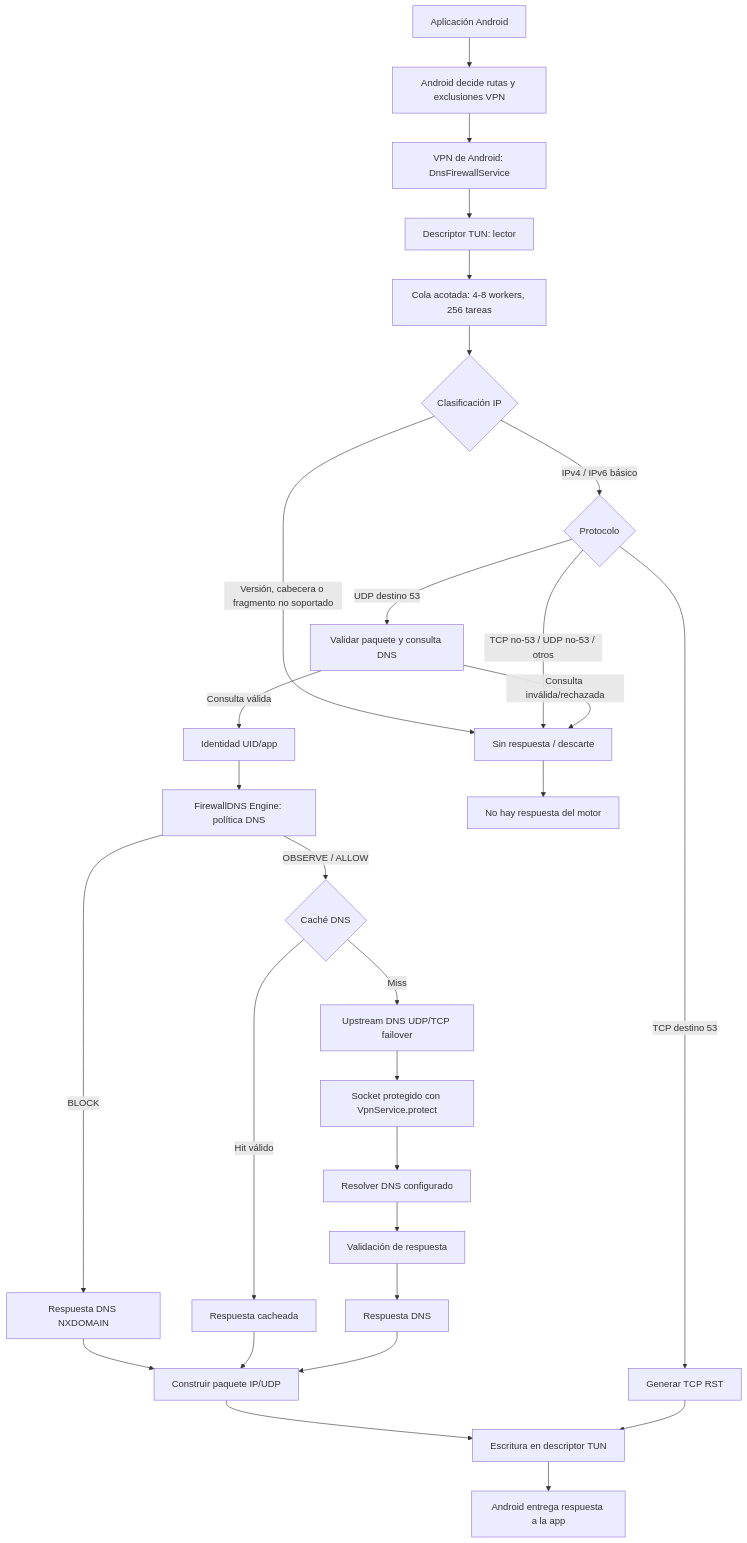
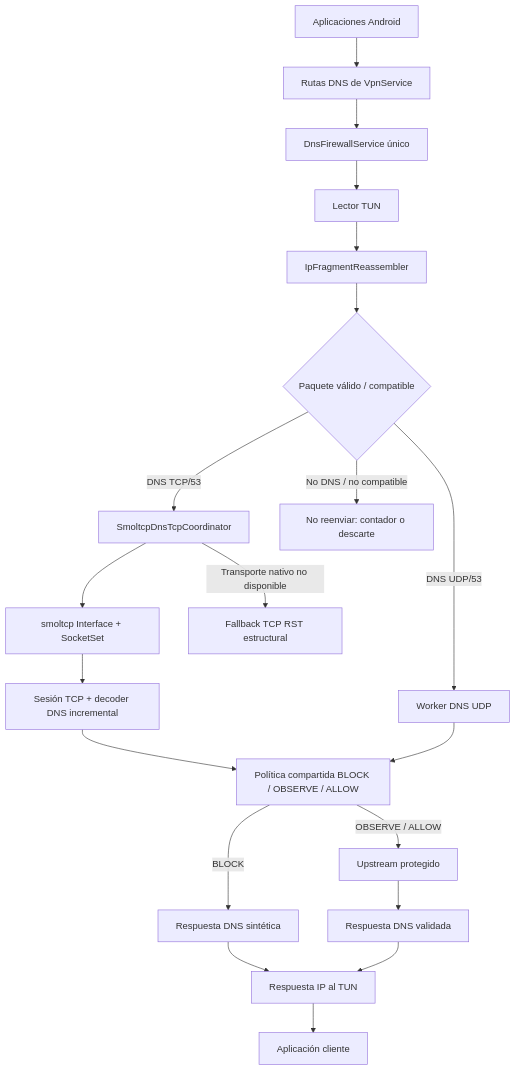
The diagram in docs/NETWORK_FLOW_MAP.md (candidohernandez148-spec/FirewallDNS-Engine), drawn with Mermaid before and after one commit. The commit also changed other lines of this file and 13 other files, not shown here.

````diff
--- a/docs/NETWORK_FLOW_MAP.md
+++ b/docs/NETWORK_FLOW_MAP.md
@@ -11,31 +9,22 @@
 ```mermaid
 flowchart TD
-    A[Aplicación Android] --> B[Android decide rutas y exclusiones VPN]
-    B --> C[VPN de Android: DnsFirewallService]
-    C --> D[Descriptor TUN: lector]
-    D --> E[Cola acotada: 4-8 workers, 256 tareas]
-    E --> F{Clasificación IP}
-    F -->|IPv4 / IPv6 básico| G{Protocolo}
-    F -->|Versión, cabecera o fragmento no soportado| X[Sin respuesta / descarte]
-    G -->|UDP destino 53| H[Validar paquete y consulta DNS]
-    G -->|TCP destino 53| I[Generar TCP RST]
-    G -->|TCP no-53 / UDP no-53 / otros| X
-    H -->|Consulta inválida/rechazada| X
-    H -->|Consulta válida| J[Identidad UID/app]
-    J --> K[FirewallDNS Engine: política DNS]
-    K -->|BLOCK| L[Respuesta DNS NXDOMAIN]
-    K -->|OBSERVE / ALLOW| M{Caché DNS}
-    M -->|Hit válido| N[Respuesta cacheada]
-    M -->|Miss| O[Upstream DNS UDP/TCP failover]
-    O --> P[Socket protegido con VpnService.protect]
-    P --> Q[Resolver DNS configurado]
-    Q --> R[Validación de respuesta]
-    R --> S[Respuesta DNS]
-    L --> T[Construir paquete IP/UDP]
-    N --> T
-    S --> T
-    T --> U[Escritura en descriptor TUN]
-    I --> U
-    U --> V[Android entrega respuesta a la app]
-    X --> W[No hay respuesta del motor]
+  A[Aplicaciones Android] --> B[Rutas DNS de VpnService]
+  B --> C[DnsFirewallService único]
+  C --> D[Lector TUN]
+  D --> E[IpFragmentReassembler]
+  E --> F{Paquete válido / compatible}
+  F -->|DNS UDP/53| G[Worker DNS UDP]
+  F -->|DNS TCP/53| H[SmoltcpDnsTcpCoordinator]
+  H --> I[smoltcp Interface + SocketSet]
+  I --> J[Sesión TCP + decoder DNS incremental]
+  J --> K[Política compartida BLOCK / OBSERVE / ALLOW]
+  G --> K
+  K -->|BLOCK| L[Respuesta DNS sintética]
+  K -->|OBSERVE / ALLOW| M[Upstream protegido]
+  M --> N[Respuesta DNS validada]
+  L --> O[Respuesta IP al TUN]
+  N --> O
+  O --> P[Aplicación cliente]
+  F -->|No DNS / no compatible| Q[No reenviar: contador o descarte]
+  H -->|Transporte nativo no disponible| R[Fallback TCP RST estructural]
 ```
````
